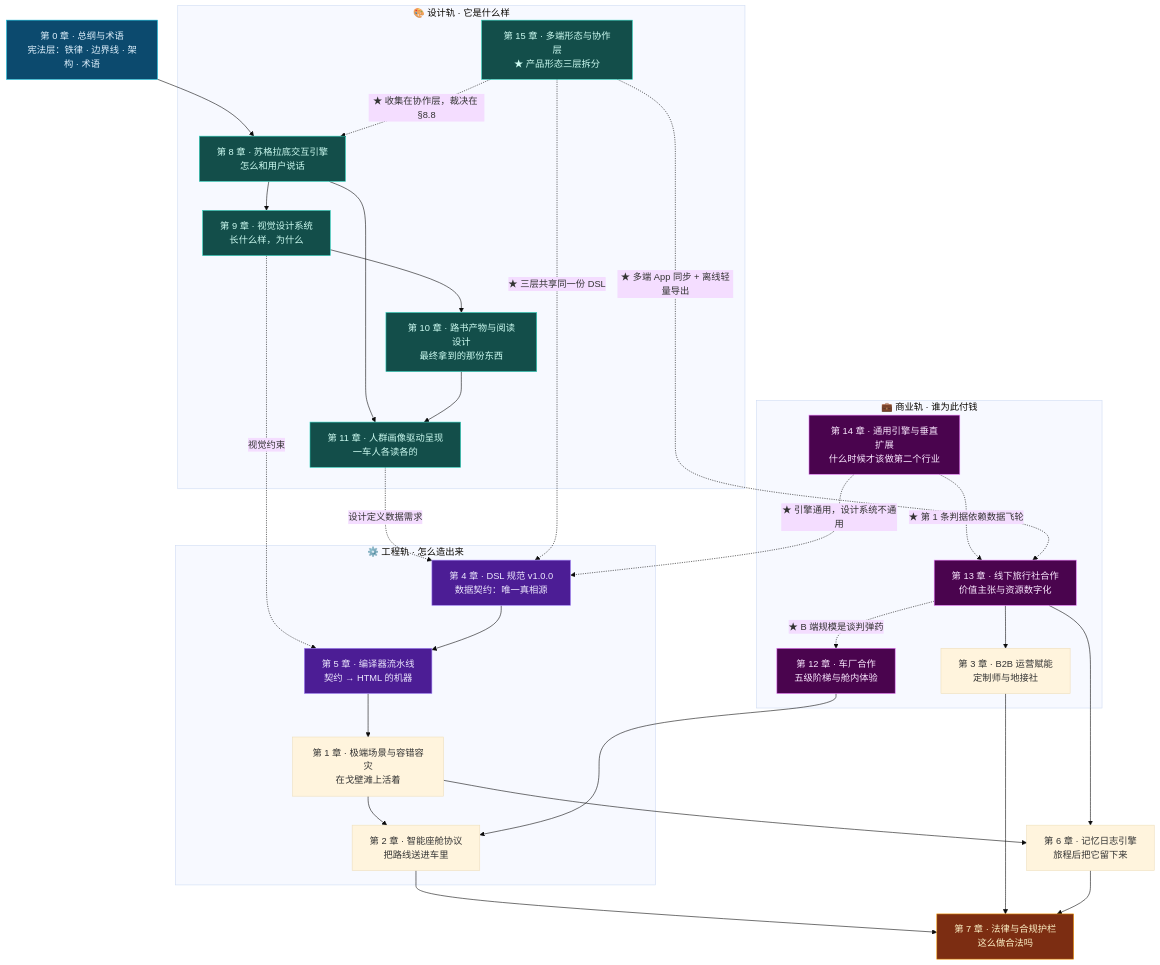
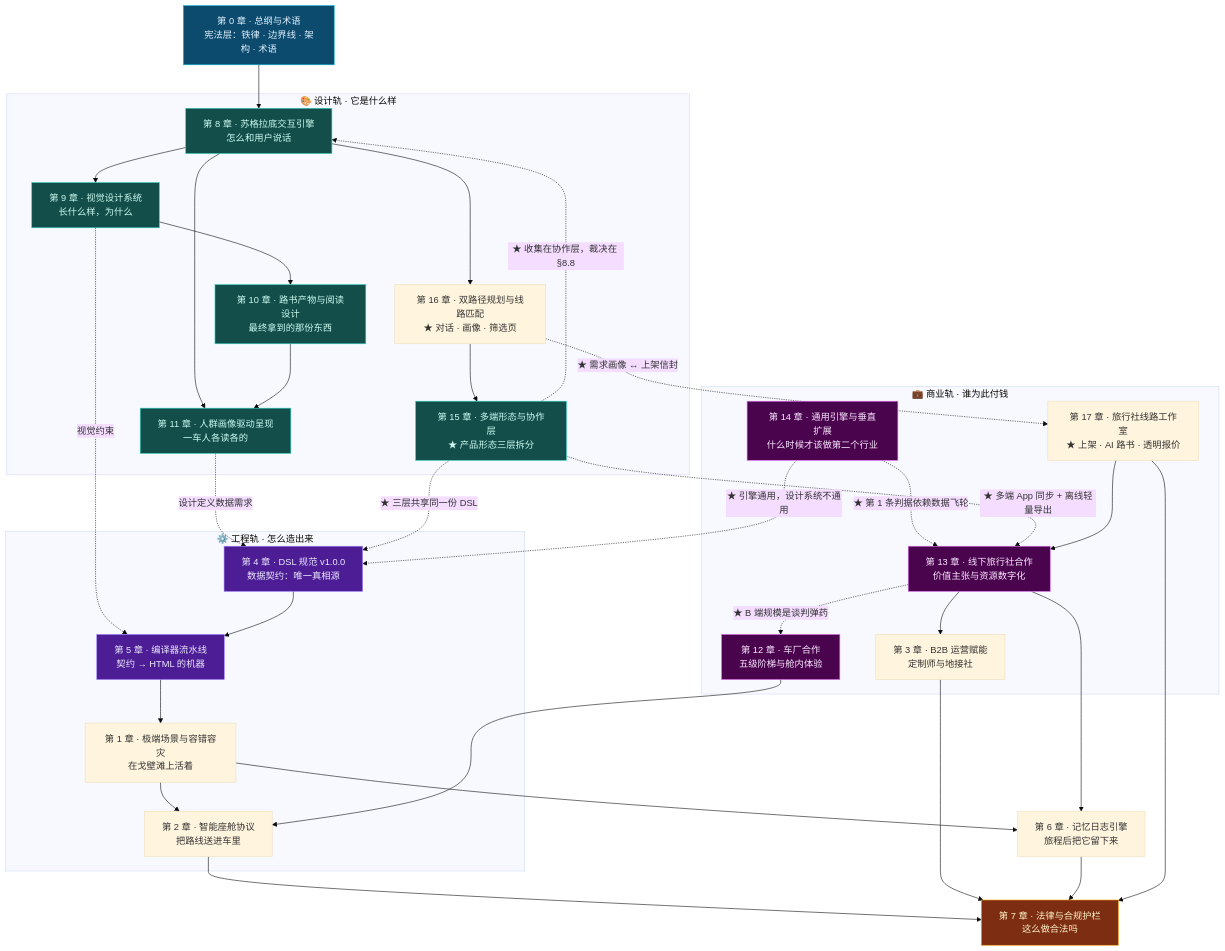
One commit to JohnMaxwell0123/TripCraft changed the diagram in docs/README.md. Above: the diagram before and after it, drawn with Mermaid (base theme). The commit also changed other lines of this file and 55 other files, not shown here.

````diff
--- a/docs/README.md
+++ b/docs/README.md
@@ -84,61 +86,68 @@
 ```mermaid
 flowchart TB
     CH0["第 0 章 · 总纲与术语<br/>宪法层：铁律 · 边界线 · 架构 · 术语"]
 
     subgraph DESIGN["🎨 设计轨 · 它是什么样"]
         CH8["第 8 章 · 苏格拉底交互引擎<br/>怎么和用户说话"]
         CH9["第 9 章 · 视觉设计系统<br/>长什么样，为什么"]
         CH10["第 10 章 · 路书产物与阅读设计<br/>最终拿到的那份东西"]
         CH11["第 11 章 · 人群画像驱动呈现<br/>一车人各读各的"]
         CH15["第 15 章 · 多端形态与协作层<br/>★ 产品形态三层拆分"]
+        CH16["第 16 章 · 双路径规划与线路匹配<br/>★ 对话 · 画像 · 筛选页"]
     end
 
     subgraph BIZ["💼 商业轨 · 谁为此付钱"]
+        CH17["第 17 章 · 旅行社线路工作室<br/>★ 上架 · AI 路书 · 透明报价"]
         CH13["第 13 章 · 线下旅行社合作<br/>价值主张与资源数字化"]
         CH3["第 3 章 · B2B 运营赋能<br/>定制师与地接社"]
         CH12["第 12 章 · 车厂合作<br/>五级阶梯与舱内体验"]
         CH14["第 14 章 · 通用引擎与垂直扩展<br/>什么时候才该做第二个行业"]
     end
 
     subgraph ENGINE["⚙️ 工程轨 · 怎么造出来"]
         CH4["第 4 章 · DSL 规范 v1.0.0<br/>数据契约：唯一真相源"]
         CH5["第 5 章 · 编译器流水线<br/>契约 → HTML 的机器"]
         CH1["第 1 章 · 极端场景与容错容灾<br/>在戈壁滩上活着"]
         CH2["第 2 章 · 智能座舱协议<br/>把路线送进车里"]
     end
 
     CH6["第 6 章 · 记忆日志引擎<br/>旅程后把它留下来"]
     CH7["第 7 章 · 法律与合规护栏<br/>这么做合法吗"]
 
     CH0 --> CH8
     CH8 --> CH9 --> CH10
     CH8 --> CH11
     CH10 --> CH11
     CH11 -. 设计定义数据需求 .-> CH4
     CH9 -. 视觉约束 .-> CH5
     CH4 --> CH5 --> CH1
     CH1 --> CH2 & CH6
     CH13 --> CH3
     CH13 -. ★ B 端规模是谈判弹药 .-> CH12
     CH12 --> CH2
     CH13 --> CH6
     CH14 -.->|"★ 第 1 条判据依赖数据飞轮"| CH13
     CH14 -.->|"★ 引擎通用，设计系统不通用"| CH4
     CH15 -.->|"★ 三层共享同一份 DSL"| CH4
     CH15 -.->|"★ 收集在协作层，裁决在 §8.8"| CH8
     CH15 -.->|"★ 多端 App 同步 + 离线轻量导出"| CH13
+    CH8 --> CH16
+    CH16 -.->|"★ 需求画像 ↔ 上架信封"| CH17
+    CH17 --> CH13
+    CH16 --> CH15
     CH2 & CH3 & CH6 --> CH7
+    CH17 --> CH7
 
     style CH0 fill:#0c4a6e,stroke:#06b6d4,color:#e0f2fe
     style CH4 fill:#4c1d95,stroke:#a78bfa,color:#ede9fe
     style CH5 fill:#4c1d95,stroke:#a78bfa,color:#ede9fe
     style CH7 fill:#7c2d12,stroke:#f59e0b,color:#fef3c7
     style CH8 fill:#134e4a,stroke:#2dd4bf,color:#ccfbf1
     style CH9 fill:#134e4a,stroke:#2dd4bf,color:#ccfbf1
     style CH10 fill:#134e4a,stroke:#2dd4bf,color:#ccfbf1
     style CH11 fill:#134e4a,stroke:#2dd4bf,color:#ccfbf1
     style CH12 fill:#4a044e,stroke:#e879f9,color:#fae8ff
     style CH13 fill:#4a044e,stroke:#e879f9,color:#fae8ff
     style CH14 fill:#4a044e,stroke:#e879f9,color:#fae8ff
     style CH15 fill:#134e4a,stroke:#2dd4bf,color:#ccfbf1
 ```
````
